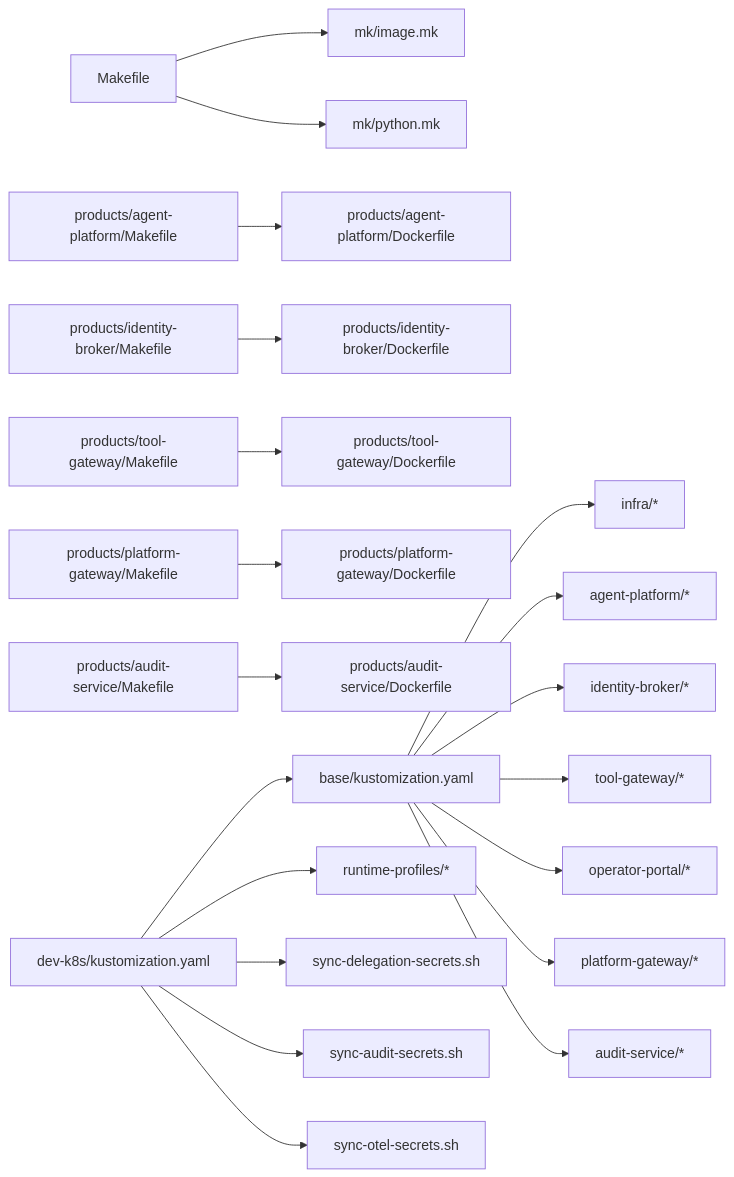
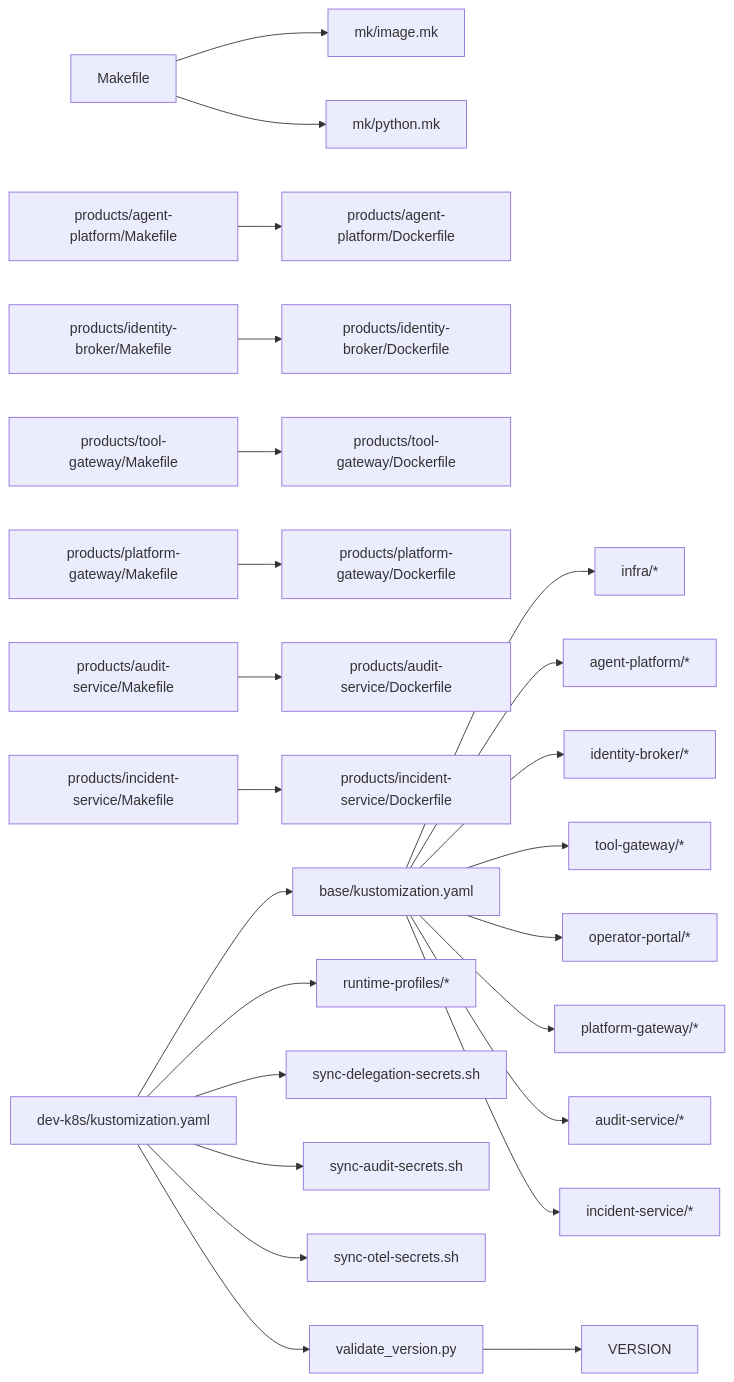
One commit to metasync/luban-aiops changed the tenth of 10 diagrams in .qoder/repowiki/en/content/Deployment and Operations/Deployment and Operations.md. Above: the diagram before and after it, drawn with Mermaid. The commit also changed other lines of this file and 4 other files, not shown here.

````diff
--- a/.qoder/repowiki/en/content/Deployment and Operations/Deployment and Operations.md
+++ b/.qoder/repowiki/en/content/Deployment and Operations/Deployment and Operations.md
@@ -645,22 +702,26 @@
 ```mermaid
 graph LR
 MakefileRoot["Makefile"] --> MkImage["mk/image.mk"]
 MakefileRoot --> MkPython["mk/python.mk"]
 APMake["products/agent-platform/Makefile"] --> APDocker["products/agent-platform/Dockerfile"]
 IBMake["products/identity-broker/Makefile"] --> IBDocker["products/identity-broker/Dockerfile"]
 TGMake["products/tool-gateway/Makefile"] --> TGDocker["products/tool-gateway/Dockerfile"]
 PGMake["products/platform-gateway/Makefile"] --> PGDocker["products/platform-gateway/Dockerfile"]
 ASMake["products/audit-service/Makefile"] --> ASDocker["products/audit-service/Dockerfile"]
+ISMake["products/incident-service/Makefile"] --> ISDocker["products/incident-service/Dockerfile"]
 BaseKust["base/kustomization.yaml"] --> Infra["infra/*"]
 BaseKust --> APRes["agent-platform/*"]
 BaseKust --> IBRes["identity-broker/*"]
 BaseKust --> TGRes["tool-gateway/*"]
 BaseKust --> OPRes["operator-portal/*"]
 BaseKust --> PGRes["platform-gateway/*"]
 BaseKust --> ASRes["audit-service/*"]
+BaseKust --> ISRes["incident-service/*"]
 OverlayKust["dev-k8s/kustomization.yaml"] --> BaseKust
 OverlayKust --> Profiles["runtime-profiles/*"]
 OverlayKust --> Delegation["sync-delegation-secrets.sh"]
 OverlayKust --> AuditSecrets["sync-audit-secrets.sh"]
 OverlayKust --> OTelSecrets["sync-otel-secrets.sh"]
+OverlayKust --> VersionValidation["validate_version.py"]
+VersionValidation --> VERSION["VERSION"]
 ```
````
